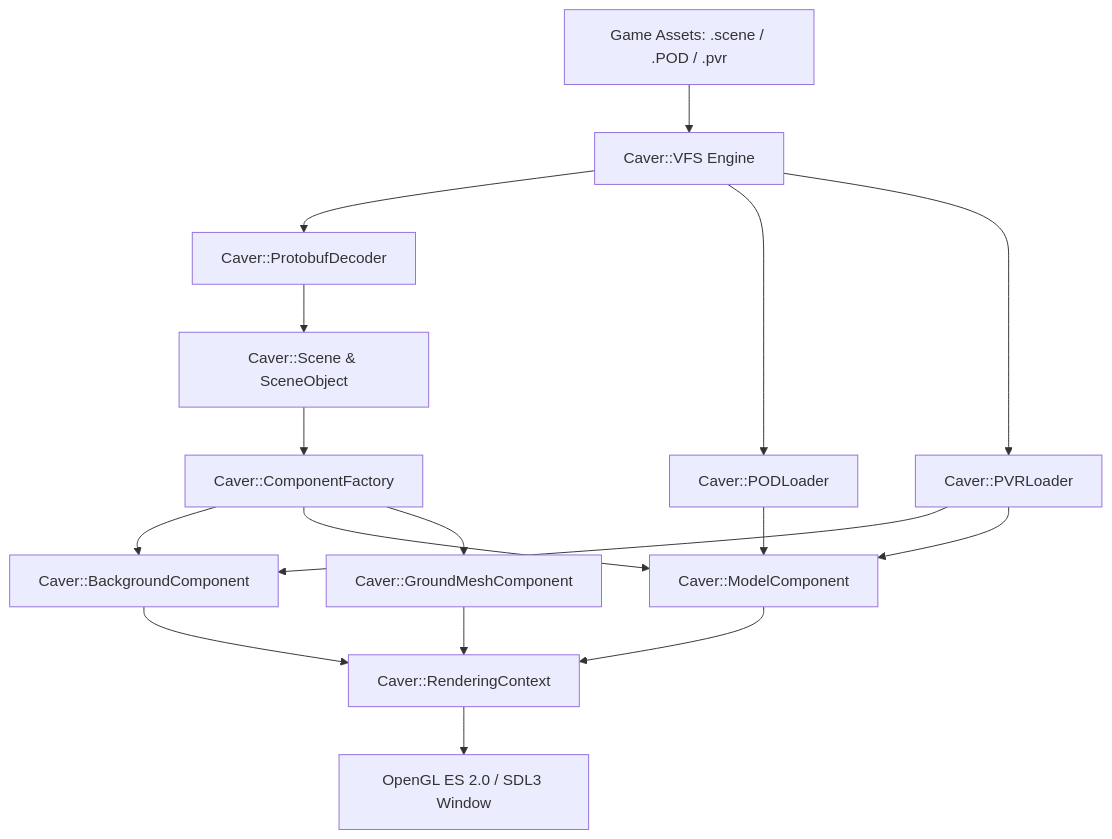
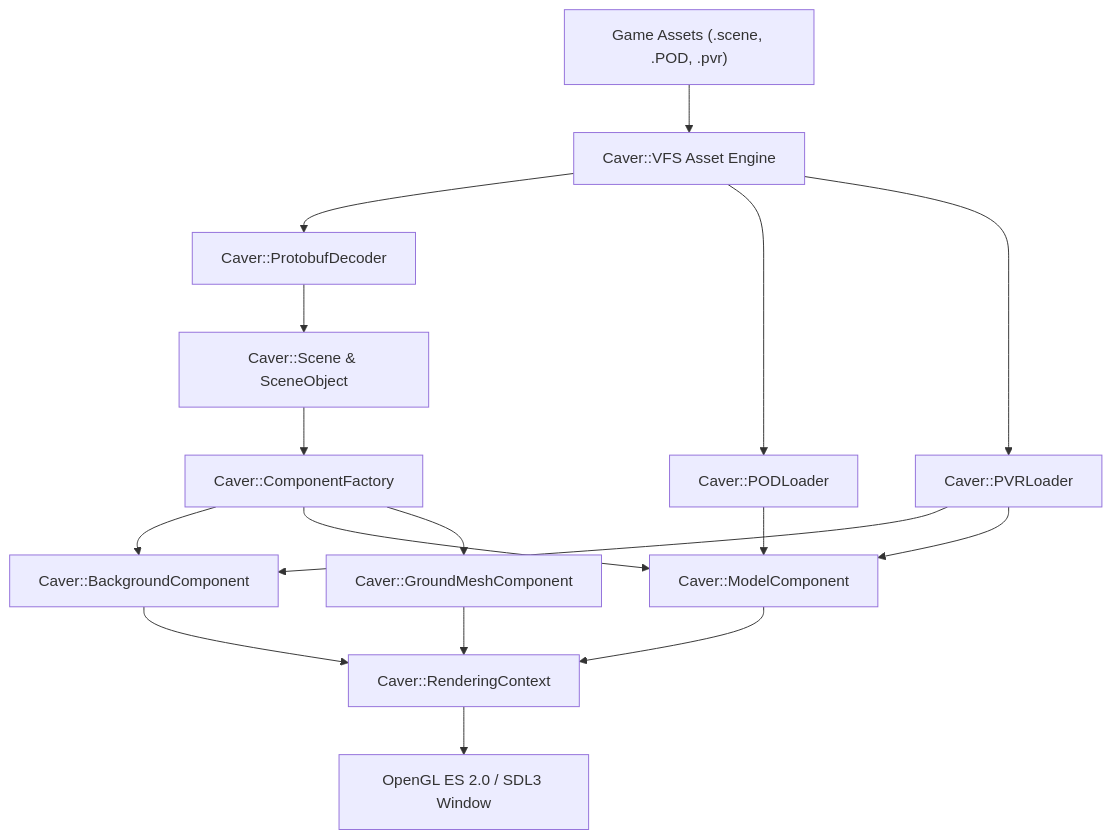
One commit to TheCorrectSynovian/OpenSwordigo changed the diagram in README.md. Above: the diagram before and after it, drawn with Mermaid. The commit also changed other lines of this file and 789 other files, not shown here.

````diff
--- a/README.md
+++ b/README.md
@@ -133,24 +186,24 @@
 ```mermaid
 graph TD
-    A[Game Assets: .scene / .POD / .pvr] --> B[Caver::VFS Engine]
-    B --> C[Caver::ProtobufDecoder]
-    B --> D[Caver::PODLoader]
-    B --> E[Caver::PVRLoader]
+    A["Game Assets (.scene, .POD, .pvr)"] --> B["Caver::VFS Asset Engine"]
+    B --> C["Caver::ProtobufDecoder"]
+    B --> D["Caver::PODLoader"]
+    B --> E["Caver::PVRLoader"]
     
-    C --> F[Caver::Scene & SceneObject]
-    F --> G[Caver::ComponentFactory]
+    C --> F["Caver::Scene & SceneObject"]
+    F --> G["Caver::ComponentFactory"]
     
-    G --> H[Caver::BackgroundComponent]
-    G --> I[Caver::ModelComponent]
-    G --> J[Caver::GroundMeshComponent]
+    G --> H["Caver::BackgroundComponent"]
+    G --> I["Caver::ModelComponent"]
+    G --> J["Caver::GroundMeshComponent"]
     
     D --> I
     E --> H
     E --> I
     
-    H --> K[Caver::RenderingContext]
+    H --> K["Caver::RenderingContext"]
     I --> K
     J --> K
     
-    K --> L[OpenGL ES 2.0 / SDL3 Window]
+    K --> L["OpenGL ES 2.0 / SDL3 Window"]
 ```
````
